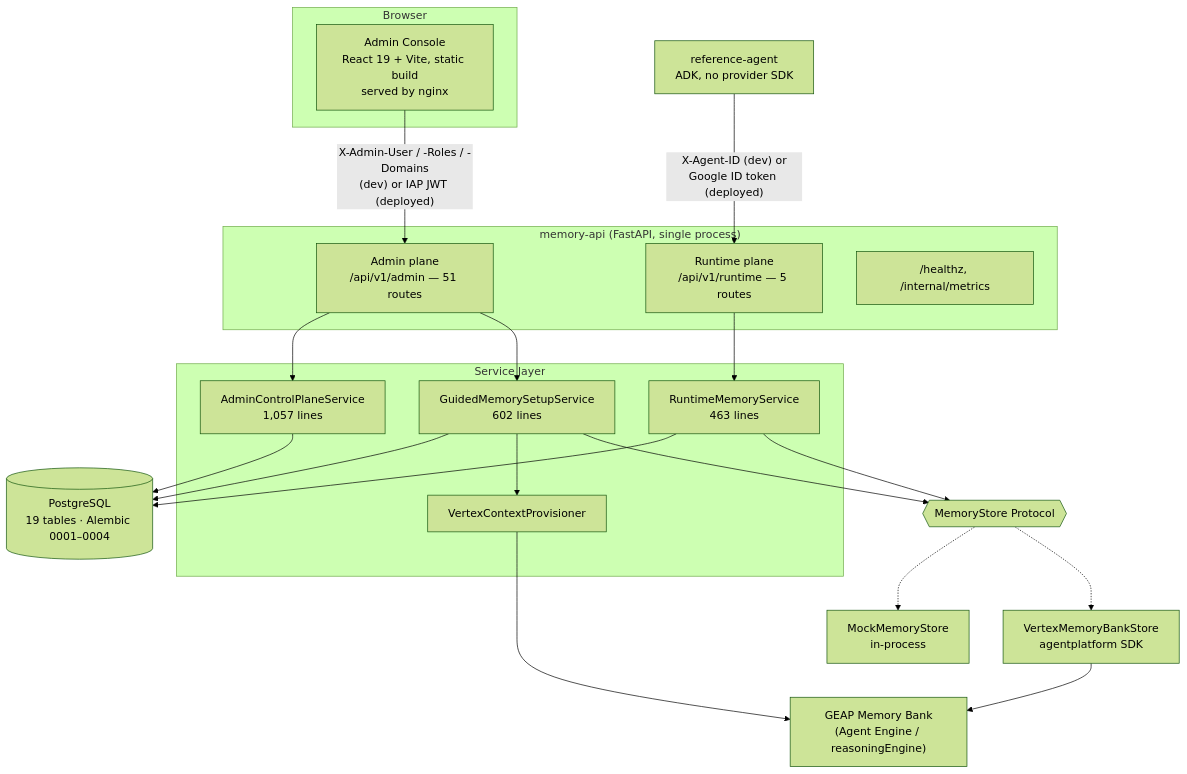
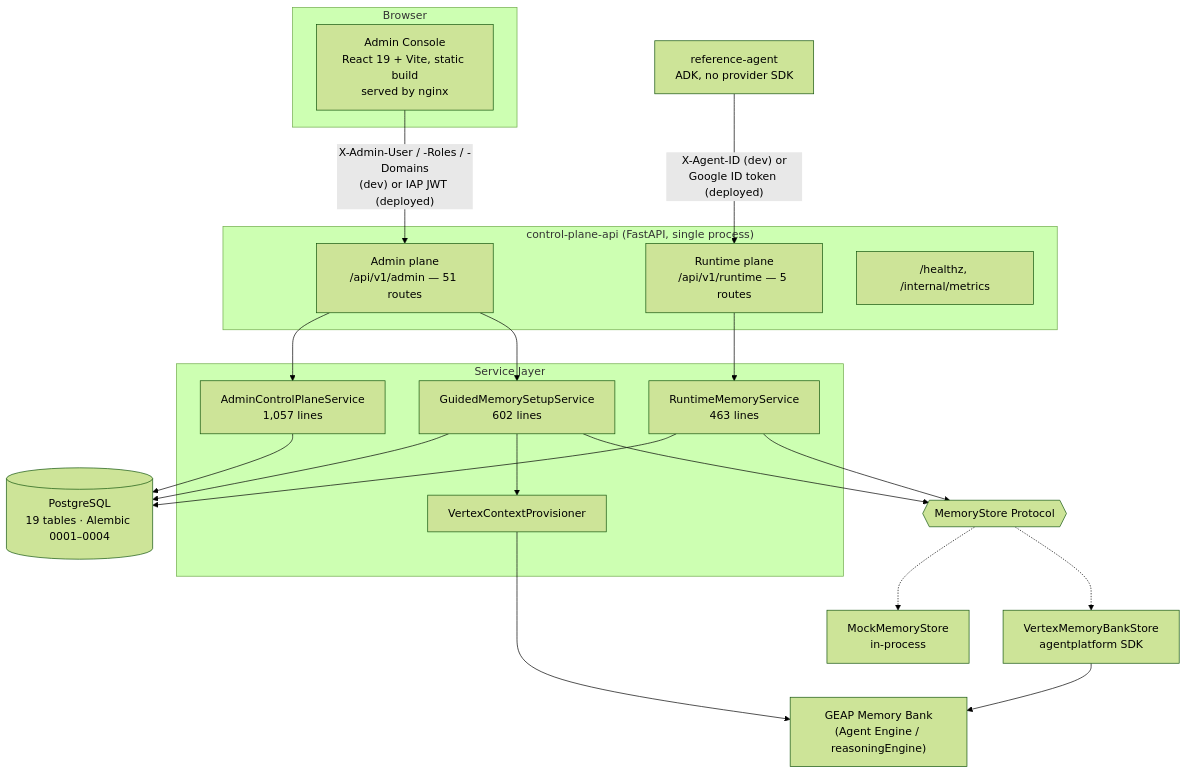
One commit to connect2srinu/jeep-memory-storage changed the first of 4 diagrams in docs/GEAP_Platform_Reference_Architecture.md. Above: the diagram before and after it, drawn with Mermaid (forest theme). The commit also changed other lines of this file and 175 other files, not shown here.

Commit message:
feat: add project governance and control plane api

````diff
--- a/docs/GEAP_Platform_Reference_Architecture.md
+++ b/docs/GEAP_Platform_Reference_Architecture.md
@@ -56,42 +56,42 @@
 ```mermaid
 flowchart TB
     subgraph browser["Browser"]
         UI["Admin Console<br/>React 19 + Vite, static build<br/>served by nginx"]
     end
 
-    subgraph api["memory-api (FastAPI, single process)"]
+    subgraph api["control-plane-api (FastAPI, single process)"]
         ADMIN["Admin plane<br/>/api/v1/admin — 51 routes"]
         RT["Runtime plane<br/>/api/v1/runtime — 5 routes"]
         OPS["/healthz, /internal/metrics"]
     end
 
     subgraph svc["Service layer"]
         AS["AdminControlPlaneService<br/>1,057 lines"]
         GS["GuidedMemorySetupService<br/>602 lines"]
         RS["RuntimeMemoryService<br/>463 lines"]
         VP["VertexContextProvisioner"]
     end
 
     PG[("PostgreSQL<br/>19 tables · Alembic 0001–0004")]
     MS{{"MemoryStore Protocol"}}
     MOCK["MockMemoryStore<br/>in-process"]
     VX["VertexMemoryBankStore<br/>agentplatform SDK"]
     MB["GEAP Memory Bank<br/>(Agent Engine / reasoningEngine)"]
     AGENT["reference-agent<br/>ADK, no provider SDK"]
 
     UI -->|"X-Admin-User / -Roles / -Domains<br/>(dev) or IAP JWT (deployed)"| ADMIN
     AGENT -->|"X-Agent-ID (dev) or<br/>Google ID token (deployed)"| RT
     ADMIN --> AS
     ADMIN --> GS
     RT --> RS
     AS --> PG
     GS --> PG
     GS --> VP
     RS --> PG
     RS --> MS
     GS --> MS
     MS -.-> MOCK
     MS -.-> VX
     VX --> MB
     VP --> MB
 ```
````
